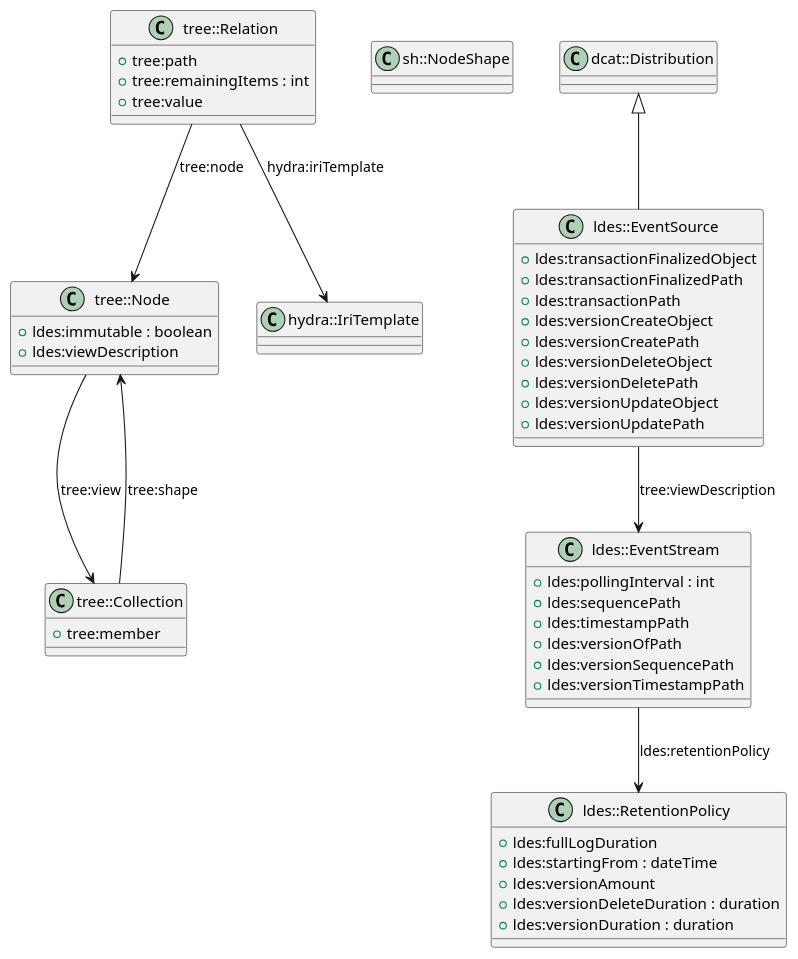
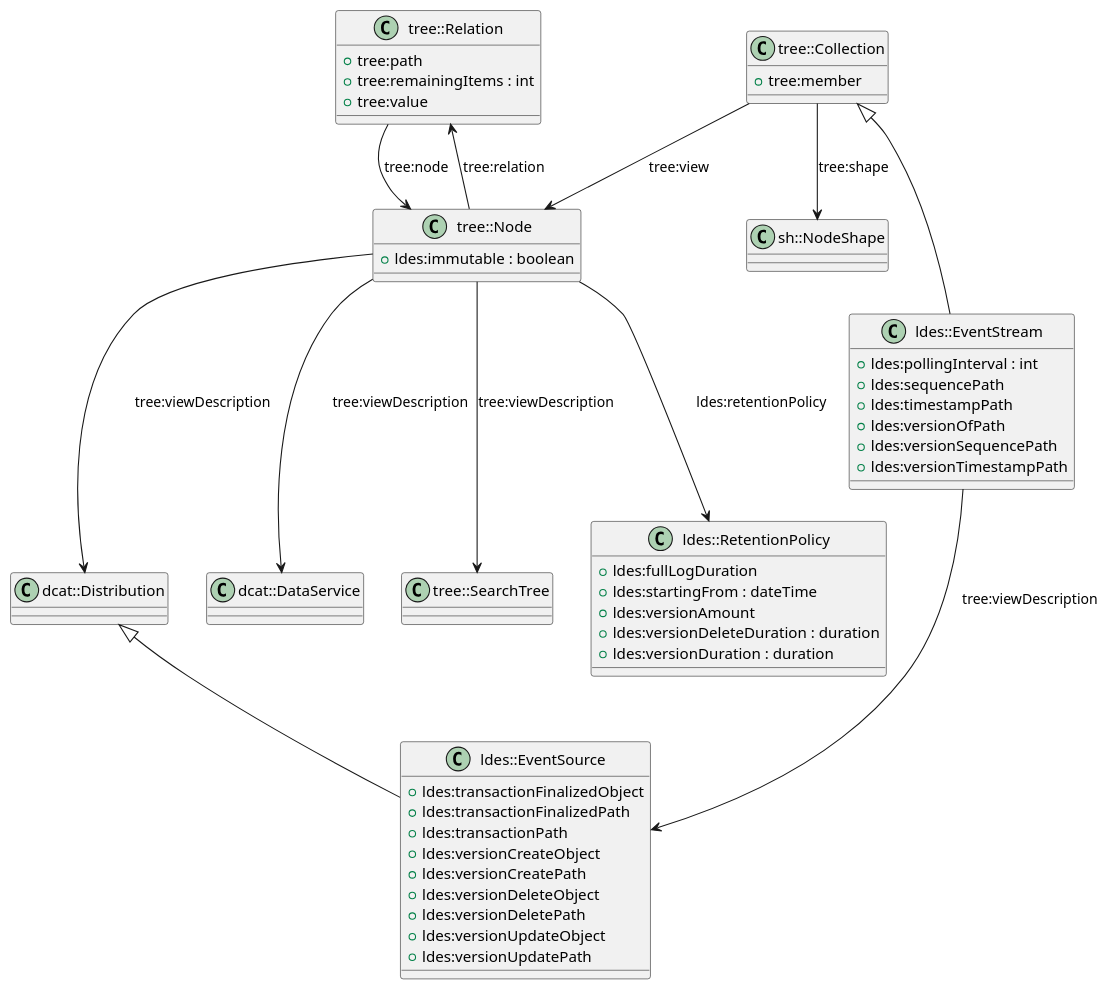
The diagram in uml.puml (SEMICeu/LinkedDataEventStreams), drawn with PlantUML before and after one commit.

```diff
--- a/uml.puml
+++ b/uml.puml
@@ -1,69 +1,74 @@
 @startuml
  
 ' ===================
 ' Classes and Attributes
 ' ===================
  
 class "tree::Relation" {
  + tree:path
  + tree:remainingItems : int
  + tree:value
 }
  
 class "tree::Node" {
  + ldes:immutable : boolean
- + ldes:viewDescription
 }
  
 class "tree::Collection" {
  + tree:member
 }
  
 class "sh::NodeShape"
  
 class "dcat::Distribution"
- 
-class "hydra::IriTemplate"
+
+class "dcat::DataService"
+
+class "tree::SearchTree"
  
 class "ldes::RetentionPolicy" {
  + ldes:fullLogDuration
  + ldes:startingFrom : dateTime
  + ldes:versionAmount
  + ldes:versionDeleteDuration : duration
  + ldes:versionDuration : duration
 }
  
 class "ldes::EventStream" {
  + ldes:pollingInterval : int
  + ldes:sequencePath
  + ldes:timestampPath
  + ldes:versionOfPath
  + ldes:versionSequencePath
  + ldes:versionTimestampPath
 }
  
 class "ldes::EventSource" {
  + ldes:transactionFinalizedObject
  + ldes:transactionFinalizedPath
  + ldes:transactionPath
  + ldes:versionCreateObject
  + ldes:versionCreatePath
  + ldes:versionDeleteObject
  + ldes:versionDeletePath
  + ldes:versionUpdateObject
  + ldes:versionUpdatePath
 }
  
 ' ===================
 ' Relationships
 ' ===================
  
+"tree::Node" --> "tree::SearchTree" : tree:viewDescription
+"tree::Node" --> "dcat::Distribution" : tree:viewDescription
+"tree::Node" --> "dcat::DataService" : tree:viewDescription
+"tree::Node" --> "ldes::RetentionPolicy" : ldes:retentionPolicy
+"tree::Node" --> "tree::Relation" : tree:relation
 "tree::Relation" --> "tree::Node" : tree:node
-"tree::Node" --> "tree::Collection" : tree:view
-"tree::Collection" --> "tree::Node" : tree:shape
+"tree::Collection" --> "tree::Node" : tree:view
+"tree::Collection" --> "sh::NodeShape" : tree:shape
+"tree::Collection" <|-- "ldes::EventStream"
 "dcat::Distribution" <|-- "ldes::EventSource"
-"ldes::EventSource" --> "ldes::EventStream" : tree:viewDescription
-"ldes::EventStream" --> "ldes::RetentionPolicy" : ldes:retentionPolicy
-"tree::Relation" --> "hydra::IriTemplate" : hydra:iriTemplate
- 
+"ldes::EventStream" --> "ldes::EventSource" : tree:viewDescription
+
 @enduml
```
